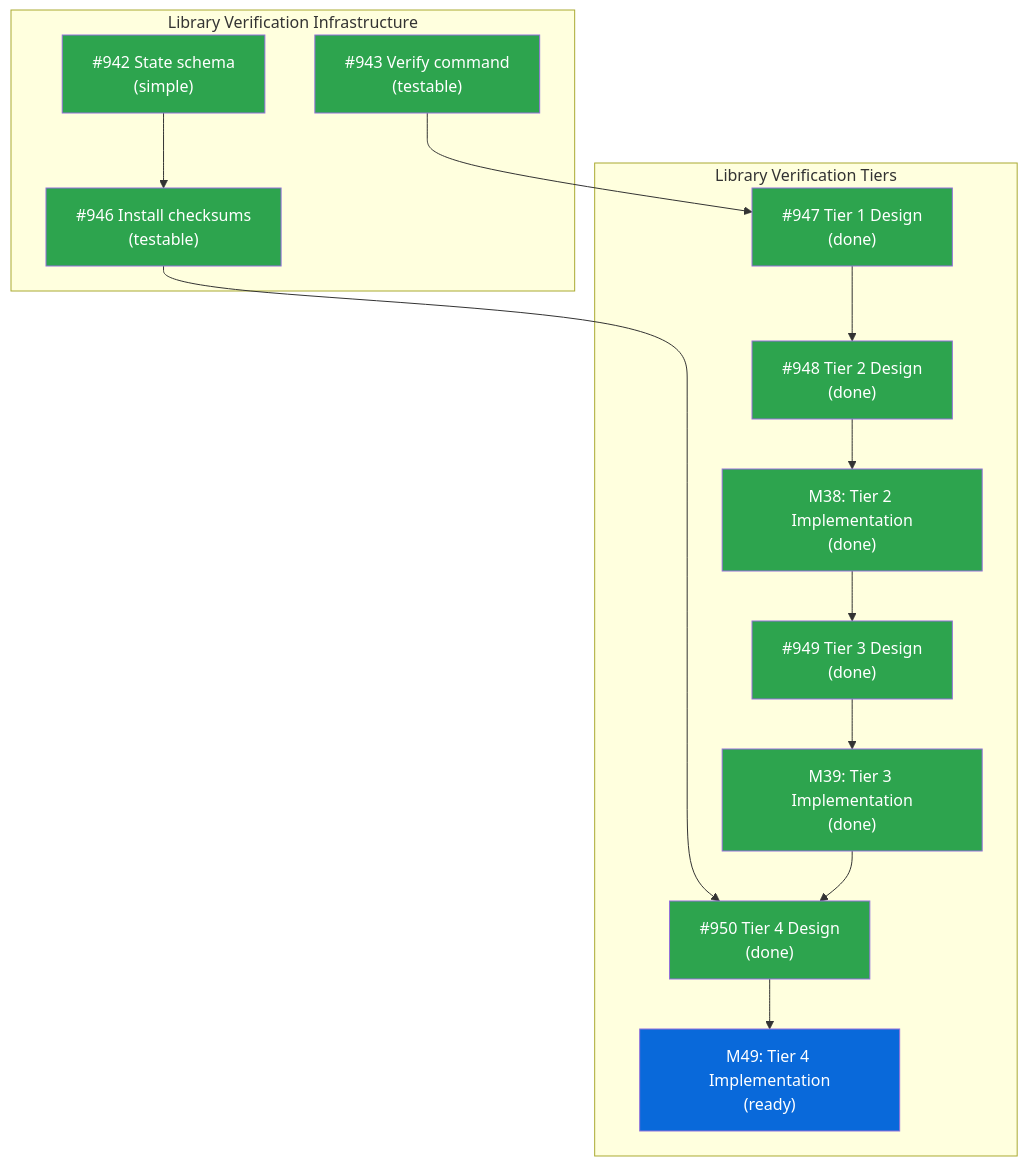
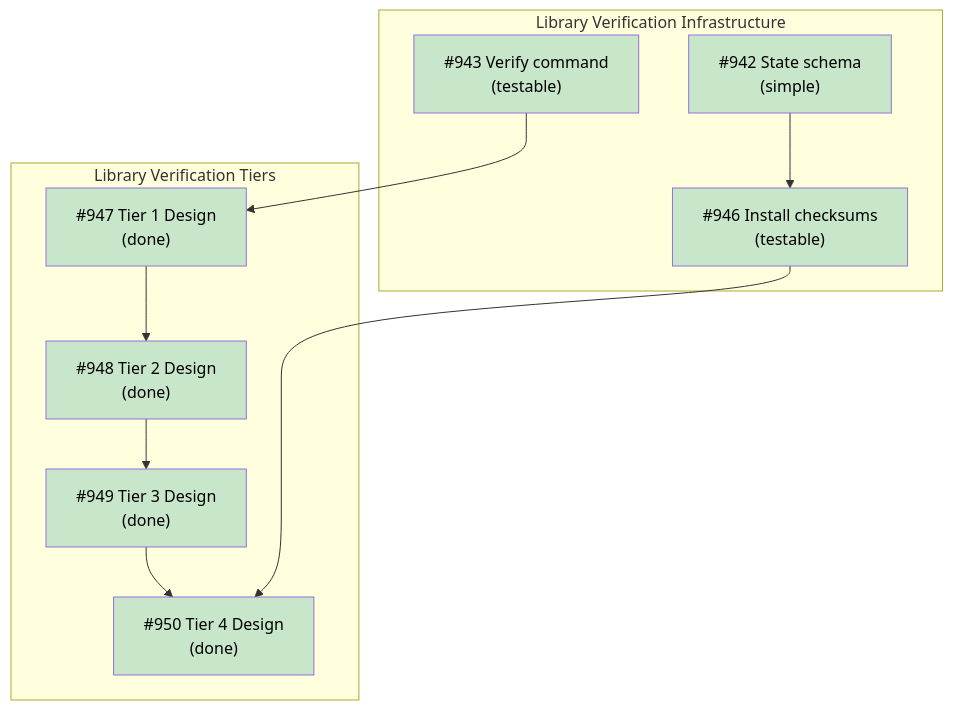
Before and after one commit to tsukumogami/tsuku: the diagram in docs/designs/DESIGN-library-verification.md, drawn with Mermaid. The commit also changed other lines of this file and 23 other files, not shown here.

````diff
--- a/docs/designs/DESIGN-library-verification.md
+++ b/docs/designs/DESIGN-library-verification.md
@@ -29,33 +29,29 @@
 ```mermaid
 graph TD
     subgraph Infrastructure["Library Verification Infrastructure"]
-        I942["#942 State schema<br/>(simple)"]:::done
-        I943["#943 Verify command<br/>(testable)"]:::done
-        I946["#946 Install checksums<br/>(testable)"]:::done
+        I942["#942 State schema<br/>(simple)"]
+        I943["#943 Verify command<br/>(testable)"]
+        I946["#946 Install checksums<br/>(testable)"]
     end
 
     subgraph Tiers["Library Verification Tiers"]
-        I947["#947 Tier 1 Design<br/>(done)"]:::done
-        I948["#948 Tier 2 Design<br/>(done)"]:::done
-        M38["M38: Tier 2 Implementation<br/>(done)"]:::done
-        I949["#949 Tier 3 Design<br/>(done)"]:::done
-        M39["M39: Tier 3 Implementation<br/>(done)"]:::done
-        I950["#950 Tier 4 Design<br/>(done)"]:::done
-        M49["M49: Tier 4 Implementation<br/>(ready)"]:::ready
+        I947["#947 Tier 1 Design<br/>(done)"]
+        I948["#948 Tier 2 Design<br/>(done)"]
+        I949["#949 Tier 3 Design<br/>(done)"]
+        I950["#950 Tier 4 Design<br/>(done)"]
     end
 
     I942 --> I946
     I943 --> I947
     I947 --> I948
-    I948 --> M38
-    M38 --> I949
-    I949 --> M39
+    I948 --> I949
+    I949 --> I950
     I946 --> I950
-    M39 --> I950
-    I950 --> M49
 
-    classDef done fill:#2da44e,color:white
-    classDef ready fill:#0969da,color:white
-    classDef blocked fill:#d4a72c,color:white
-    classDef needsdesign fill:#8250df,color:white
+    classDef done fill:#c8e6c9,color:black
+    classDef ready fill:#bbdefb,color:black
+    classDef blocked fill:#fff9c4,color:black
+    classDef needsDesign fill:#e1bee7,color:black
+
+    class I942,I943,I946,I947,I948,I949,I950 done
 ```
````
